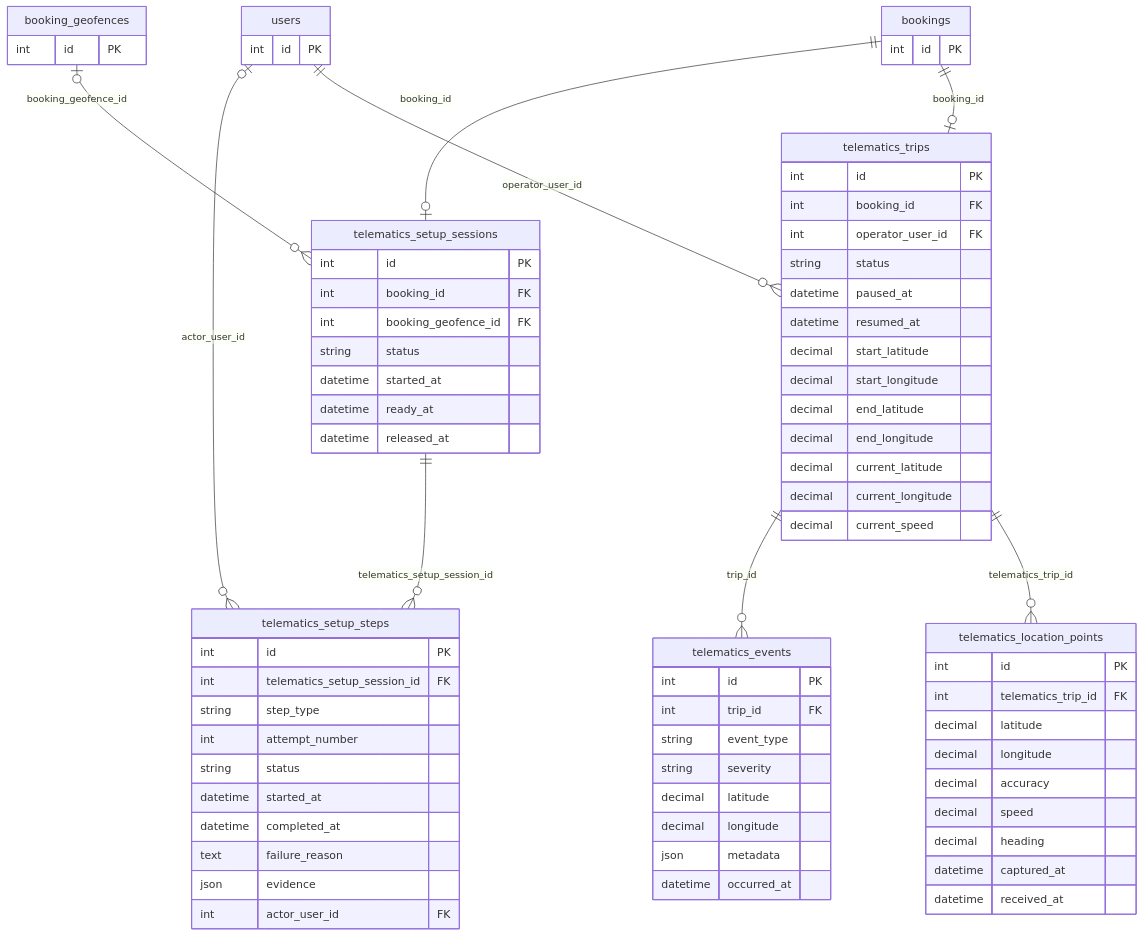
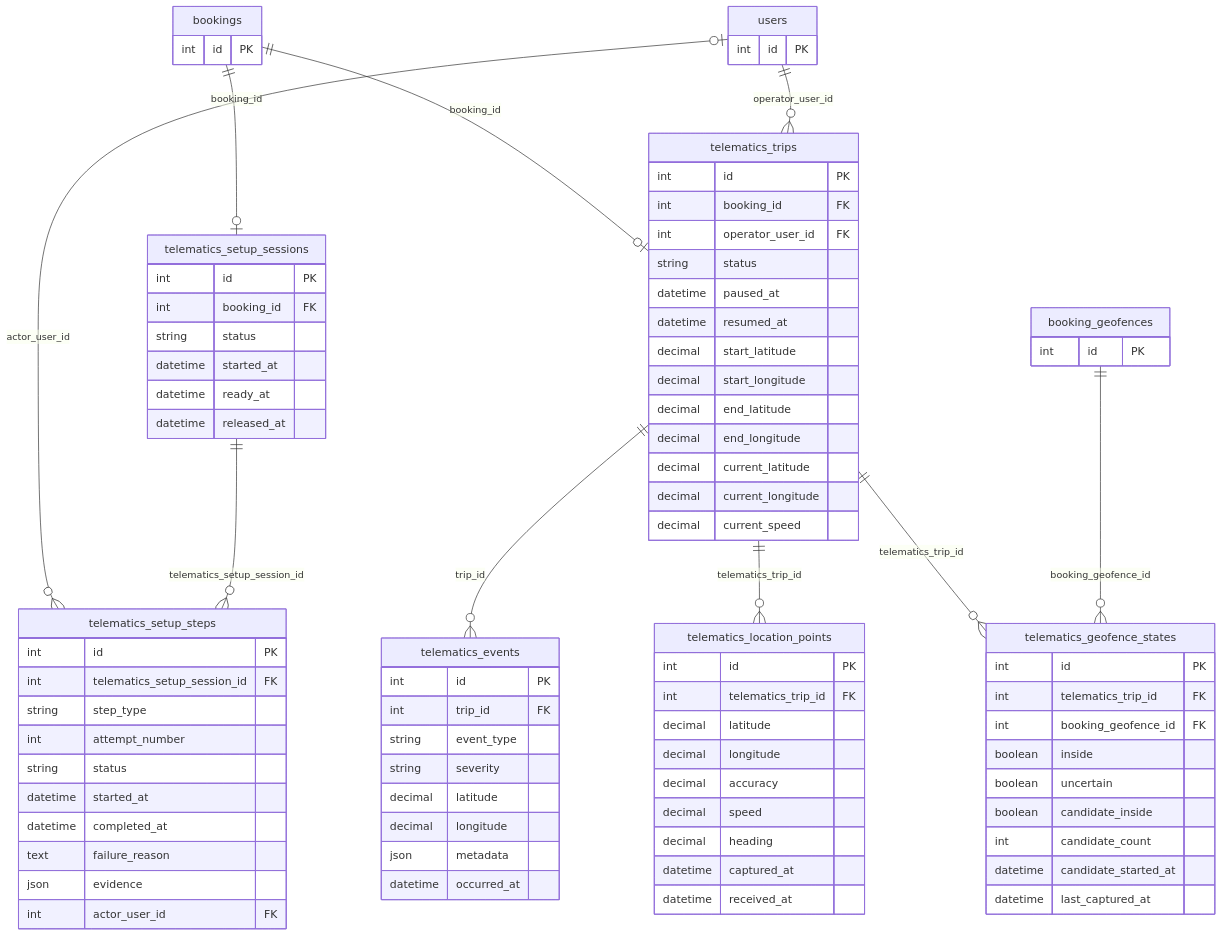
One commit to M-Juss/jamjade-car-rental changed the eighth of 10 diagrams in docs/ERD.md. Above: the diagram before and after it, drawn with Mermaid. The commit also changed other lines of this file and 20 other files, not shown here.

````diff
--- a/docs/ERD.md
+++ b/docs/ERD.md
@@ -390,7 +411,6 @@
     telematics_setup_sessions {
         int id PK
         int booking_id FK
-        int booking_geofence_id FK
         string status
         datetime started_at
         datetime ready_at
@@ -444,6 +464,17 @@
         json metadata
         datetime occurred_at
     }
+    telematics_geofence_states {
+        int id PK
+        int telematics_trip_id FK
+        int booking_geofence_id FK
+        boolean inside
+        boolean uncertain
+        boolean candidate_inside
+        int candidate_count
+        datetime candidate_started_at
+        datetime last_captured_at
+    }
     booking_geofences {
         int id PK
     }
@@ -455,10 +486,11 @@
     }
     telematics_trips ||--o{ telematics_events : "trip_id"
     telematics_trips ||--o{ telematics_location_points : "telematics_trip_id"
-    booking_geofences o|--o{ telematics_setup_sessions : "booking_geofence_id"
     bookings ||--o| telematics_setup_sessions : "booking_id"
     users o|--o{ telematics_setup_steps : "actor_user_id"
     telematics_setup_sessions ||--o{ telematics_setup_steps : "telematics_setup_session_id"
     bookings ||--o| telematics_trips : "booking_id"
     users ||--o{ telematics_trips : "operator_user_id"
+    telematics_trips ||--o{ telematics_geofence_states : "telematics_trip_id"
+    booking_geofences ||--o{ telematics_geofence_states : "booking_geofence_id"
 ```
````
